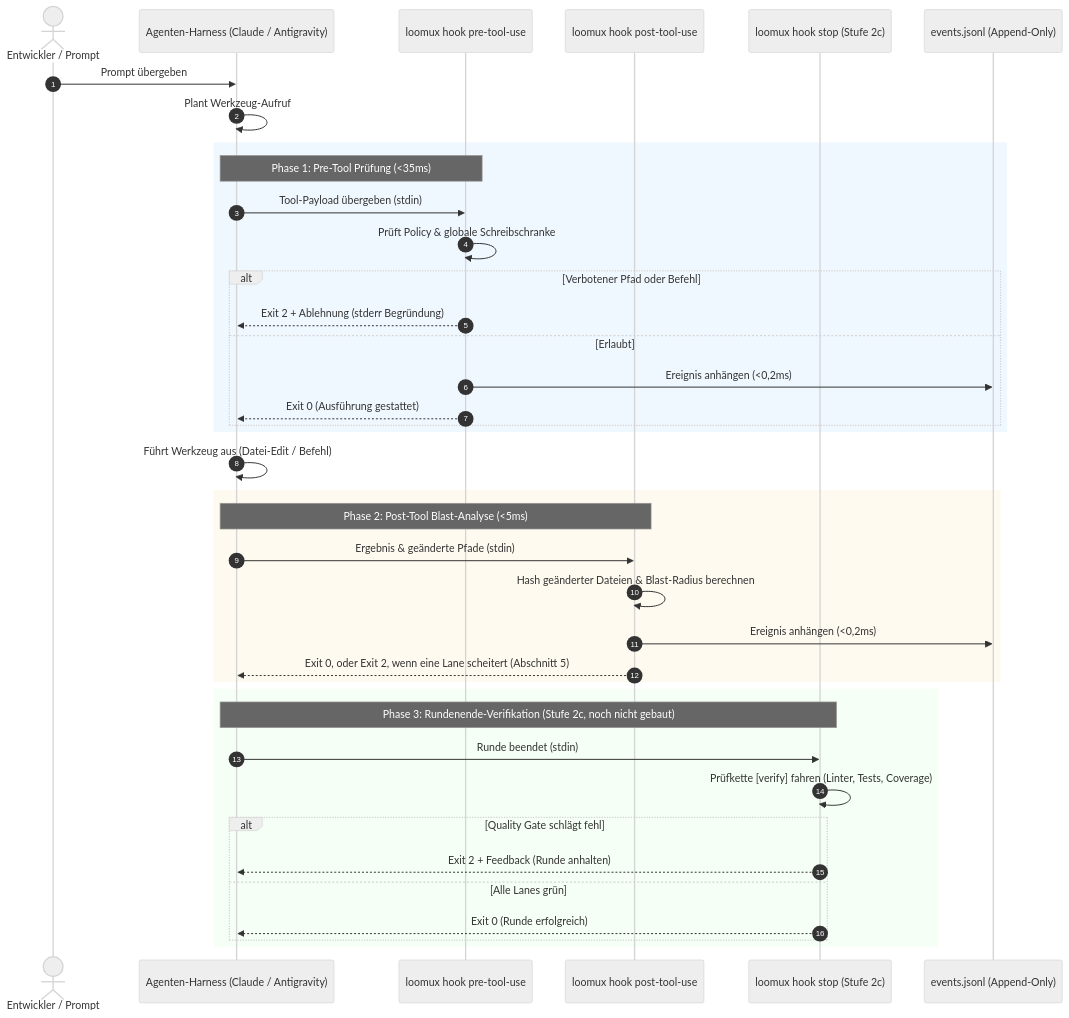
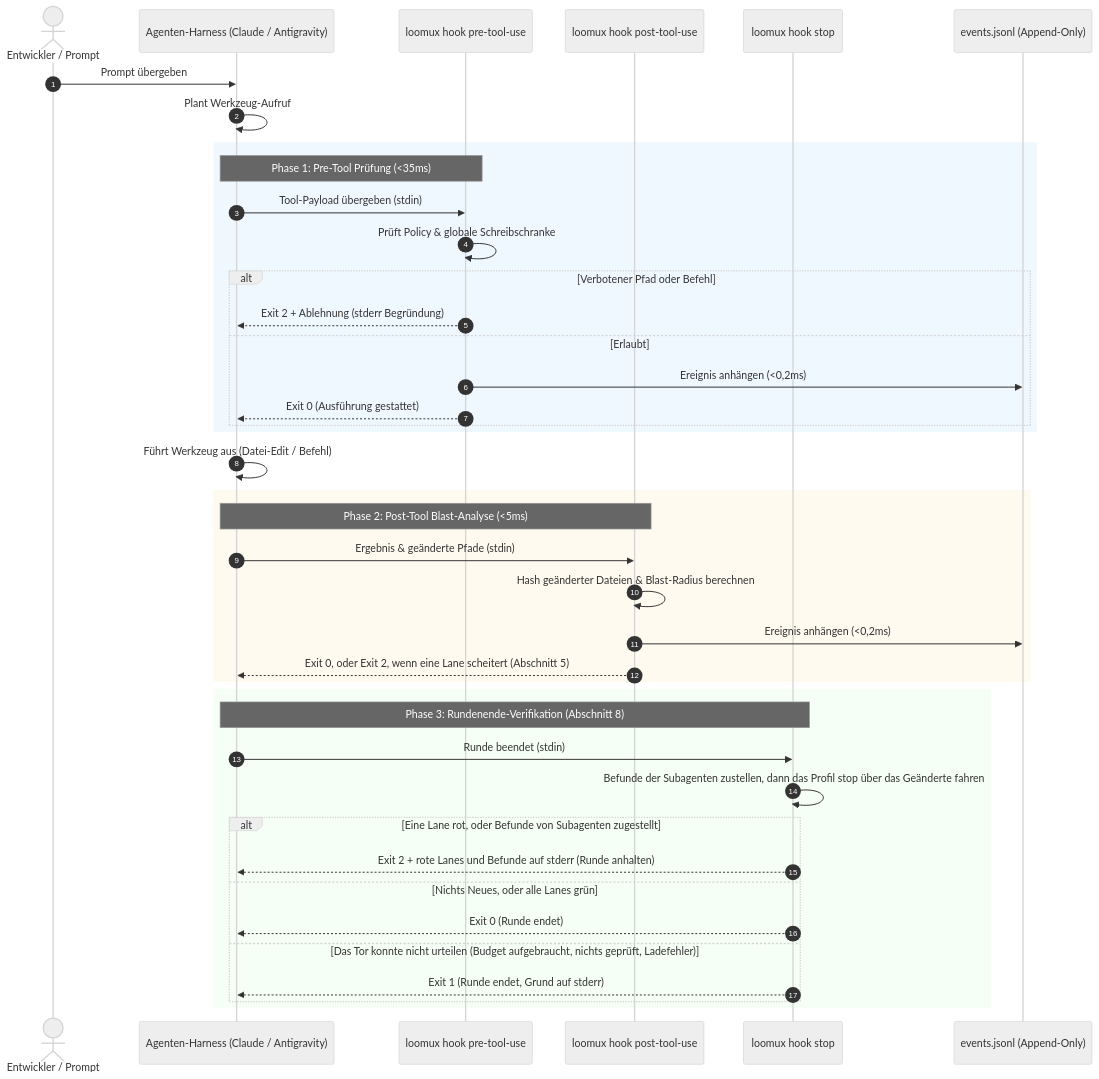
One commit to xidus90/loomux changed the first of 3 diagrams in docs/de/hooks.md. Above: the diagram before and after it, drawn with Mermaid (neutral theme). The commit also changed other lines of this file and 624 other files, not shown here.

First line of the commit message:
feat(hooks): add the stop gate and the subagent hooks

````diff
--- a/docs/de/hooks.md
+++ b/docs/de/hooks.md
@@ -11,46 +11,48 @@
 ```mermaid
 sequenceDiagram
     autonumber
     actor Dev as Entwickler / Prompt
     participant Host as Agenten-Harness (Claude / Antigravity)
     participant Pre as loomux hook pre-tool-use
     participant Post as loomux hook post-tool-use
-    participant Stop as loomux hook stop (Stufe 2c)
+    participant Stop as loomux hook stop
     participant Journal as events.jsonl (Append-Only)
 
     Dev->>Host: Prompt übergeben
     Host->>Host: Plant Werkzeug-Aufruf
 
     rect rgb(240, 248, 255)
     Note over Host,Pre: Phase 1: Pre-Tool Prüfung (<35ms)
     Host->>Pre: Tool-Payload übergeben (stdin)
     Pre->>Pre: Prüft Policy & globale Schreibschranke
     alt Verbotener Pfad oder Befehl
         Pre-->>Host: Exit 2 + Ablehnung (stderr Begründung)
     else Erlaubt
         Pre->>Journal: Ereignis anhängen (<0,2ms)
         Pre-->>Host: Exit 0 (Ausführung gestattet)
     end
     end
 
     Host->>Host: Führt Werkzeug aus (Datei-Edit / Befehl)
 
     rect rgb(255, 250, 240)
     Note over Host,Post: Phase 2: Post-Tool Blast-Analyse (<5ms)
     Host->>Post: Ergebnis & geänderte Pfade (stdin)
     Post->>Post: Hash geänderter Dateien & Blast-Radius berechnen
     Post->>Journal: Ereignis anhängen (<0,2ms)
     Post-->>Host: Exit 0, oder Exit 2, wenn eine Lane scheitert (Abschnitt 5)
     end
 
     rect rgb(245, 255, 245)
-    Note over Host,Stop: Phase 3: Rundenende-Verifikation (Stufe 2c, noch nicht gebaut)
+    Note over Host,Stop: Phase 3: Rundenende-Verifikation (Abschnitt 8)
     Host->>Stop: Runde beendet (stdin)
-    Stop->>Stop: Prüfkette [verify] fahren (Linter, Tests, Coverage)
-    alt Quality Gate schlägt fehl
-        Stop-->>Host: Exit 2 + Feedback (Runde anhalten)
-    else Alle Lanes grün
-        Stop-->>Host: Exit 0 (Runde erfolgreich)
+    Stop->>Stop: Befunde der Subagenten zustellen, dann das Profil stop über das Geänderte fahren
+    alt Eine Lane rot, oder Befunde von Subagenten zugestellt
+        Stop-->>Host: Exit 2 + rote Lanes und Befunde auf stderr (Runde anhalten)
+    else Nichts Neues, oder alle Lanes grün
+        Stop-->>Host: Exit 0 (Runde endet)
+    else Das Tor konnte nicht urteilen (Budget aufgebraucht, nichts geprüft, Ladefehler)
+        Stop-->>Host: Exit 1 (Runde endet, Grund auf stderr)
     end
     end
 ```
````
